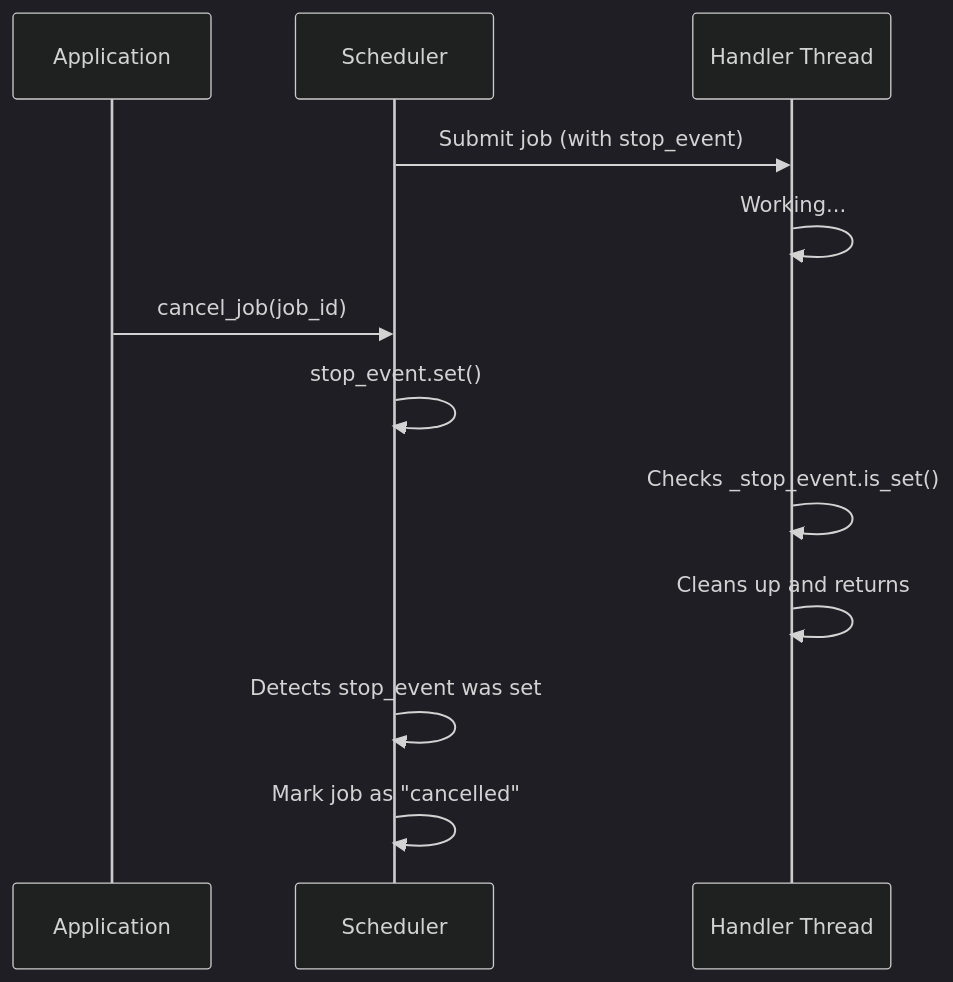
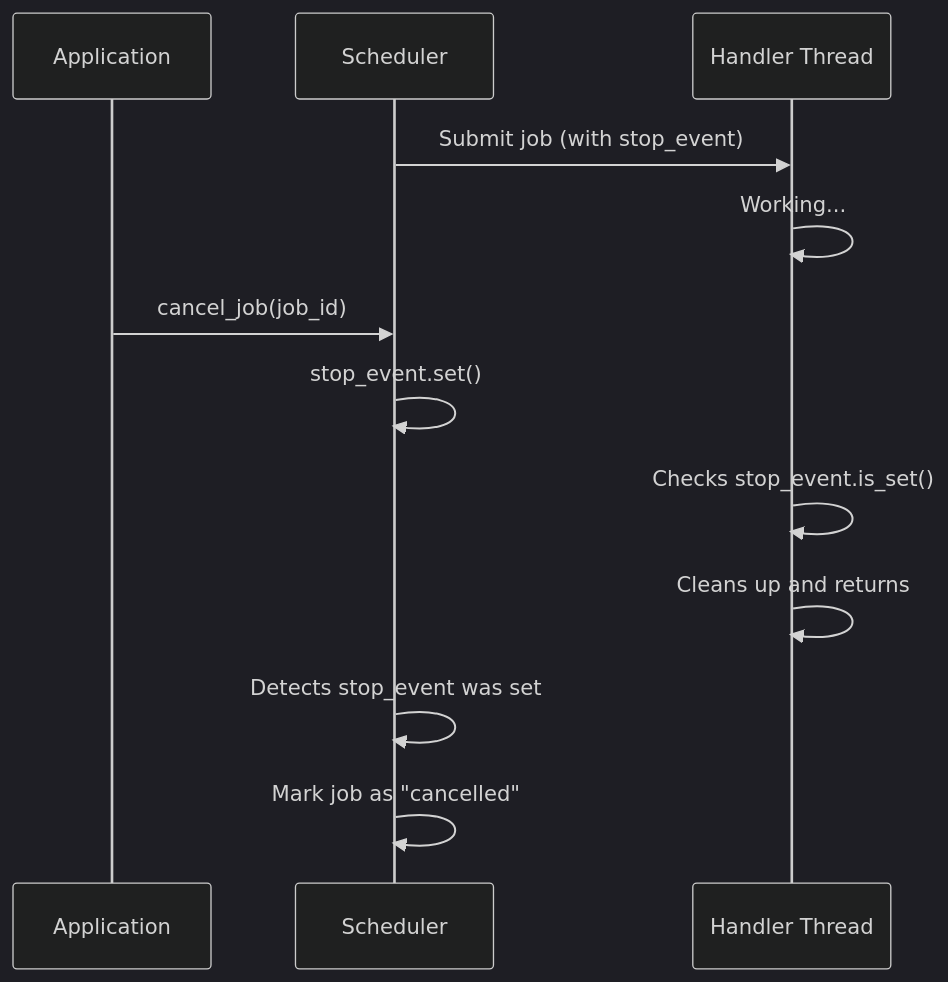
The first of 3 diagrams in docs/cancellation.md (nandyalu/quiv), drawn with Mermaid (dark theme) before and after one commit. The commit also changed other lines of this file and 31 other files, not shown here.

````diff
--- a/docs/cancellation.md
+++ b/docs/cancellation.md
@@ -11,15 +11,15 @@
 ```mermaid
 sequenceDiagram
     participant App as Application
     participant S as Scheduler
     participant H as Handler Thread
 
     S->>H: Submit job (with stop_event)
     H->>H: Working...
     App->>S: cancel_job(job_id)
     S->>S: stop_event.set()
-    H->>H: Checks _stop_event.is_set()
+    H->>H: Checks stop_event.is_set()
     H->>H: Cleans up and returns
     S->>S: Detects stop_event was set
     S->>S: Mark job as "cancelled"
 ```
````
